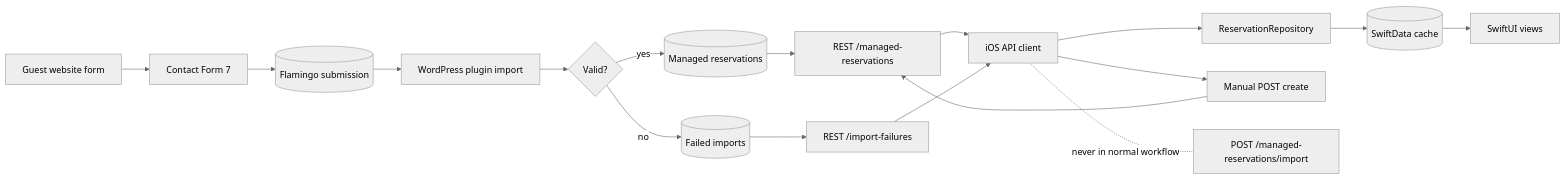
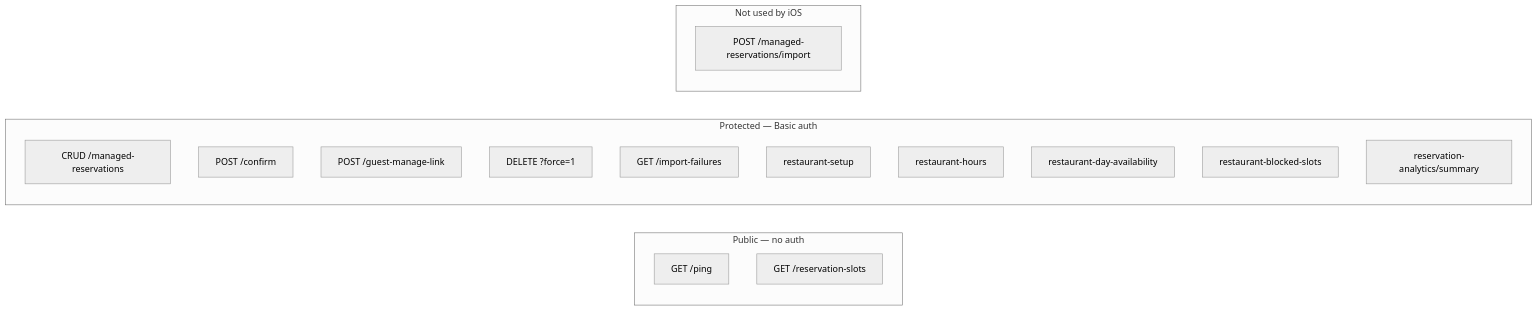
Before and after one commit to bohdan462/Reservation-iOS-App: diagram 11 of 11 in ARCHITECTURE_DIAGRAMS.md, drawn with Mermaid (neutral theme). The commit also changed other lines of this file and 17 other files, not shown here.

````diff
--- a/ARCHITECTURE_DIAGRAMS.md
+++ b/ARCHITECTURE_DIAGRAMS.md
@@ -269,22 +395,24 @@
 ```mermaid
 flowchart LR
-    Guest["Guest website form"] --> CF7["Contact Form 7"]
-    CF7 --> Flamingo[("Flamingo submission")]
-    Flamingo --> Import["WordPress plugin import"]
-    Import --> Valid{"Valid?"}
-    Valid -- "yes" --> Managed[("Managed reservations")]
-    Valid -- "no" --> Failed[("Failed imports")]
+    subgraph Public["Public — no auth"]
+        P1["GET /ping"]
+        P2["GET /reservation-slots"]
+    end
 
-    Managed --> REST["REST /managed-reservations"]
-    Failed --> FailureREST["REST /import-failures"]
-    REST --> IOS["iOS API client"]
-    FailureREST --> IOS
-    IOS --> Repo["ReservationRepository"]
-    Repo --> Cache[("SwiftData cache")]
-    Cache --> Views["SwiftUI views"]
+    subgraph Protected["Protected — Basic auth"]
+        R1["CRUD /managed-reservations"]
+        R2["POST /confirm"]
+        R3["POST /guest-manage-link"]
+        R4["DELETE ?force=1"]
+        R5["GET /import-failures"]
+        S1["restaurant-setup"]
+        S2["restaurant-hours"]
+        S3["restaurant-day-availability"]
+        S4["restaurant-blocked-slots"]
+        S5["reservation-analytics/summary"]
+    end
 
-    IOS --> ManualCreate["Manual POST create"]
-    ManualCreate --> REST
-
-    IOS -. "never in normal workflow" .- Forbidden["POST /managed-reservations/import"]
+    subgraph Forbidden["Not used by iOS"]
+        F1["POST /managed-reservations/import"]
+    end
 ```
````
